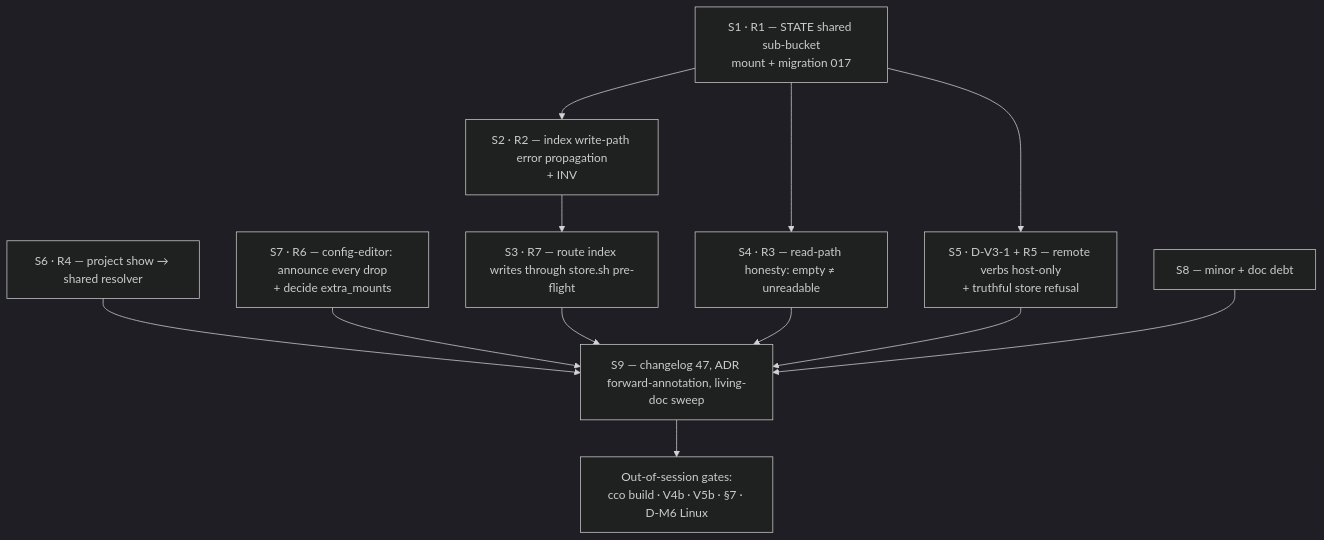
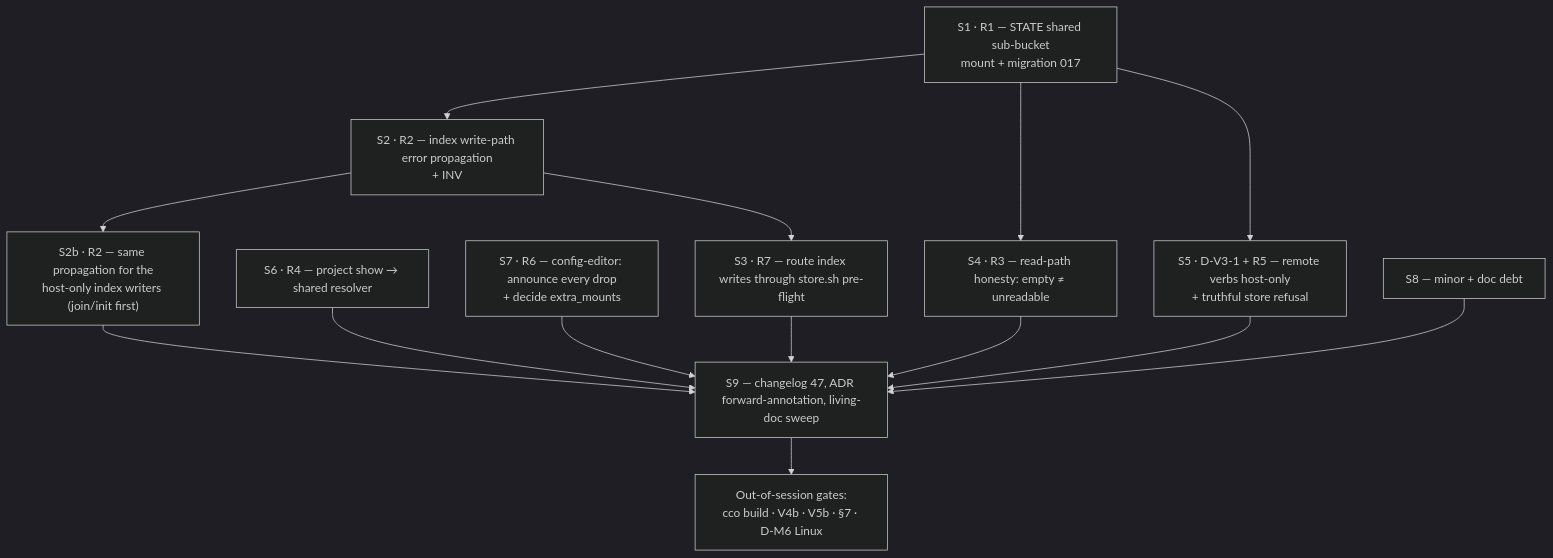
The diagram in docs/maintainers/configuration/agent-cco-access/e2e-review/fix-design-v3/00-plan.md (alergyonthestage/claude-orchestrator), drawn with Mermaid (dark theme) before and after one commit. The commit also changed other lines of this file, not shown here.

First line of the commit message:
docs(e2e): add S2b — the index-write honesty class in the host-only writers

````diff
--- a/docs/maintainers/configuration/agent-cco-access/e2e-review/fix-design-v3/00-plan.md
+++ b/docs/maintainers/configuration/agent-cco-access/e2e-review/fix-design-v3/00-plan.md
@@ -22,24 +22,26 @@
 ```mermaid
 flowchart TD
   S1["S1 · R1 — STATE shared sub-bucket<br/>mount + migration 017"]
   S2["S2 · R2 — index write-path error propagation<br/>+ INV"]
+  S2b["S2b · R2 — same propagation for the<br/>host-only index writers (join/init first)"]
   S3["S3 · R7 — route index writes through store.sh pre-flight"]
   S4["S4 · R3 — read-path honesty: empty ≠ unreadable"]
   S5["S5 · D-V3-1 + R5 — remote verbs host-only<br/>+ truthful store refusal"]
   S6["S6 · R4 — project show → shared resolver"]
   S7["S7 · R6 — config-editor: announce every drop<br/>+ decide extra_mounts"]
   S8["S8 — minor + doc debt"]
   S9["S9 — changelog 47, ADR forward-annotation, living-doc sweep"]
 
   S1 --> S2 --> S3
+  S2 --> S2b --> S9
   S1 --> S4
   S1 --> S5
   S6 --> S9
   S7 --> S9
   S3 --> S9
   S4 --> S9
   S5 --> S9
   S8 --> S9
 
   S9 --> G["Out-of-session gates:<br/>cco build · V4b · V5b · §7 · D-M6 Linux"]
 ```
````
